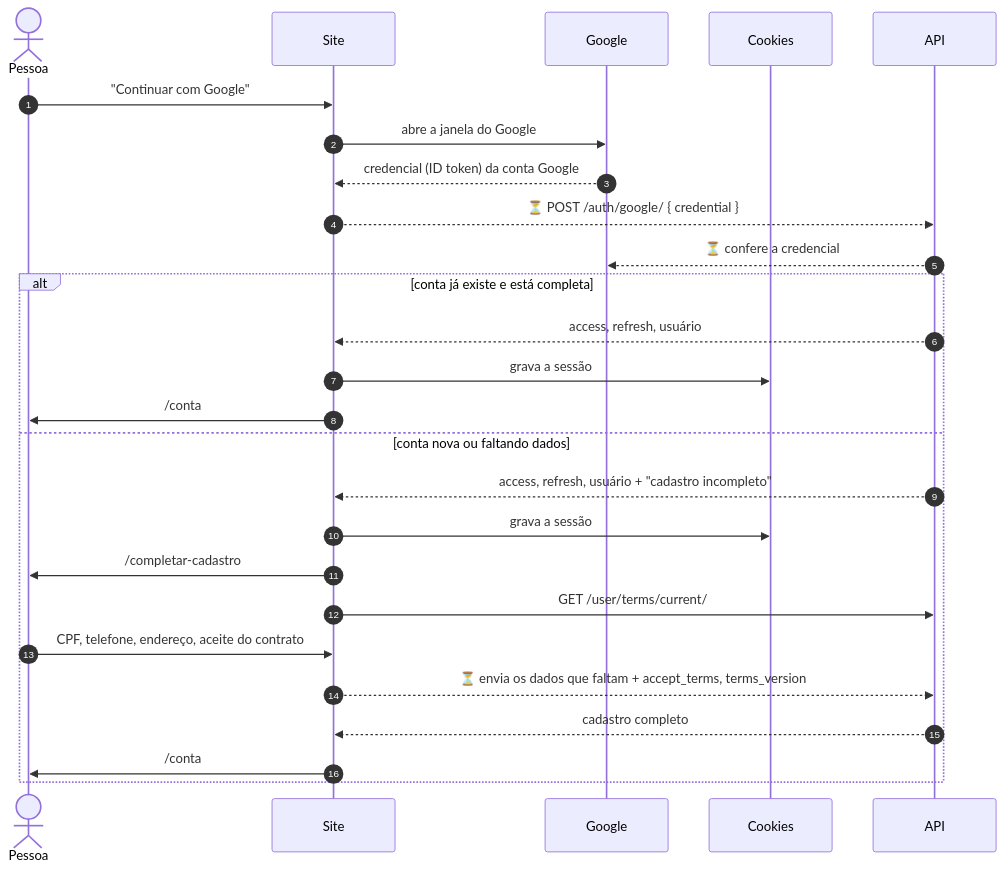
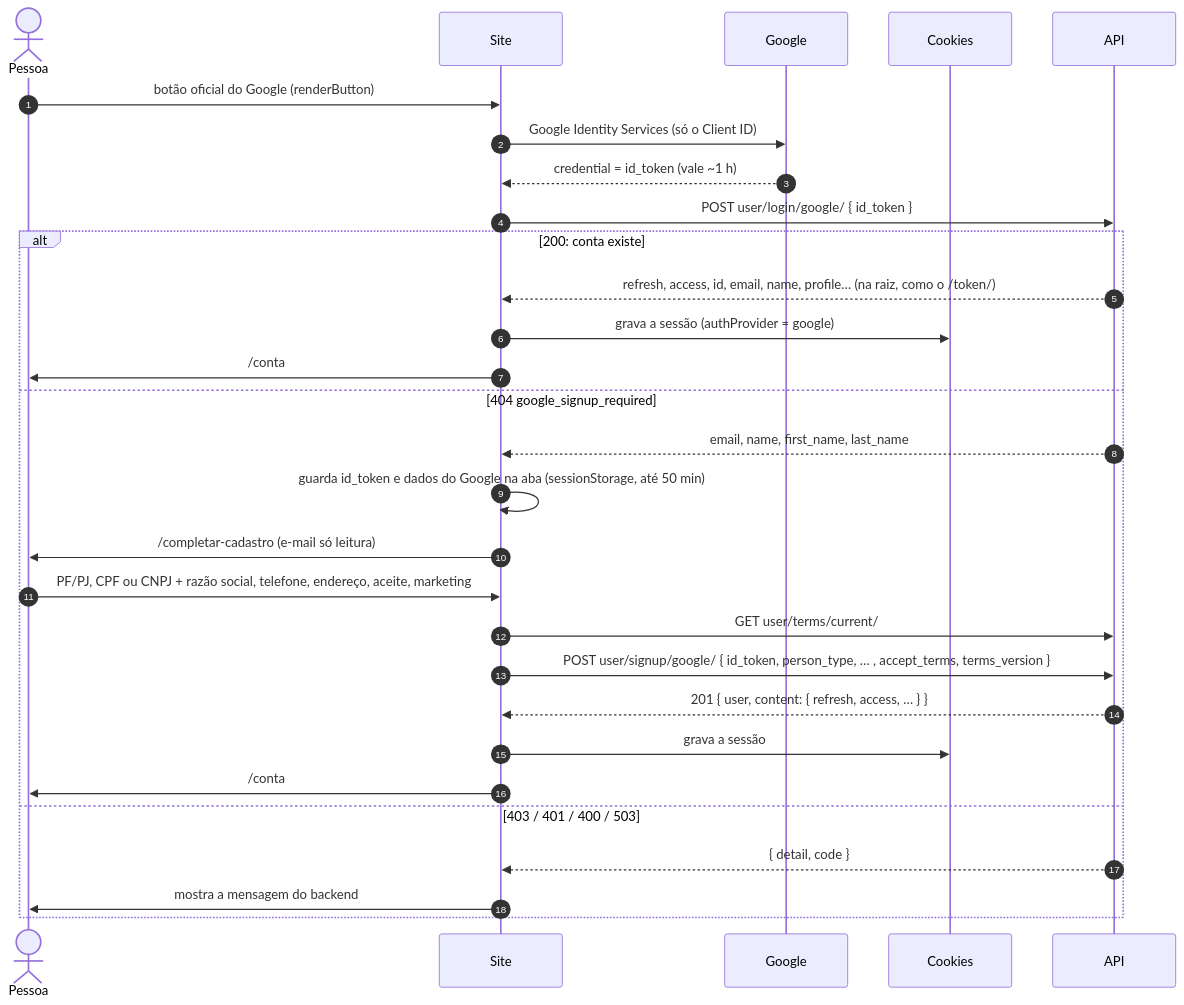
The seventh of 11 diagrams in docs/fluxo-auth.md (vinicius-fernandes-checkauto/checkauto-site), drawn with Mermaid before and after one commit. The commit also changed other lines of this file and 35 other files, not shown here.

First line of the commit message:
feat(auth): integrate Google login and signup functionality

````diff
--- a/docs/fluxo-auth.md
+++ b/docs/fluxo-auth.md
@@ -201,29 +201,32 @@
 ```mermaid
 sequenceDiagram
     autonumber
     actor P as Pessoa
     participant Site as Site
     participant G as Google
     participant K as Cookies
     participant API as API
 
-    P->>Site: "Continuar com Google"
-    Site->>G: abre a janela do Google
-    G-->>Site: credencial (ID token) da conta Google
-    Site-->>API: ⏳ POST /auth/google/ { credential }
-    API-->>G: ⏳ confere a credencial
-    alt conta já existe e está completa
-        API-->>Site: access, refresh, usuário
+    P->>Site: botão oficial do Google (renderButton)
+    Site->>G: Google Identity Services (só o Client ID)
+    G-->>Site: credential = id_token (vale ~1 h)
+    Site->>API: POST user/login/google/ { id_token }
+    alt 200: conta existe
+        API-->>Site: refresh, access, id, email, name, profile… (na raiz, como o /token/)
+        Site->>K: grava a sessão (authProvider = google)
+        Site->>P: /conta
+    else 404 google_signup_required
+        API-->>Site: email, name, first_name, last_name
+        Site->>Site: guarda id_token e dados do Google na aba (sessionStorage, até 50 min)
+        Site->>P: /completar-cadastro (e-mail só leitura)
+        P->>Site: PF/PJ, CPF ou CNPJ + razão social, telefone, endereço, aceite, marketing
+        Site->>API: GET user/terms/current/
+        Site->>API: POST user/signup/google/ { id_token, person_type, … , accept_terms, terms_version }
+        API-->>Site: 201 { user, content: { refresh, access, … } }
         Site->>K: grava a sessão
         Site->>P: /conta
-    else conta nova ou faltando dados
-        API-->>Site: access, refresh, usuário + "cadastro incompleto"
-        Site->>K: grava a sessão
-        Site->>P: /completar-cadastro
-        Site->>API: GET /user/terms/current/
-        P->>Site: CPF, telefone, endereço, aceite do contrato
-        Site-->>API: ⏳ envia os dados que faltam + accept_terms, terms_version
-        API-->>Site: cadastro completo
-        Site->>P: /conta
+    else 403 / 401 / 400 / 503
+        API-->>Site: { detail, code }
+        Site->>P: mostra a mensagem do backend
     end
 ```
````
